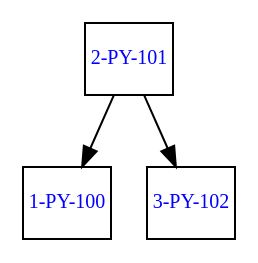
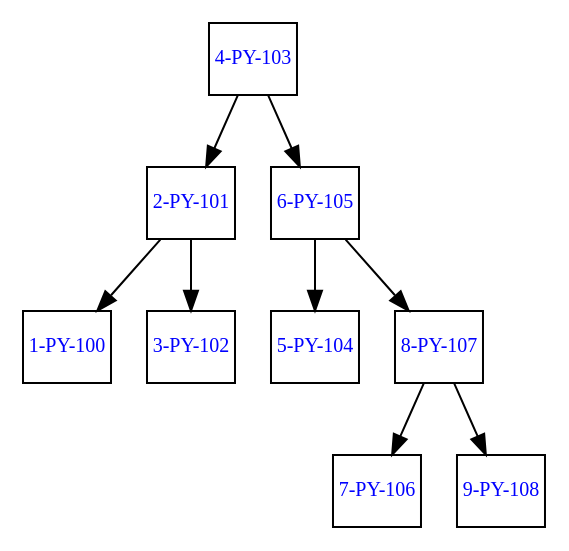
One commit to guy-devoir/EDD_2S2023_PY_201800632 changed the diagram in arbolAVL.dot. Above: the diagram before and after it, drawn with Graphviz. The commit also changed 15 other files, not shown here.

```diff
--- a/arbolAVL.dot
+++ b/arbolAVL.dot
@@ -1,11 +1,29 @@
 digraph G {
  node [margin=0 fontcolor=blue fontsize=10 width=0.5 shape=rec ] 
+node4[label="4-PY-103"]
+
+node4 -> node2
 node2[label="2-PY-101"]
 
 node2 -> node1
 node1[label="1-PY-100"]
 
 node2 -> node3
 node3[label="3-PY-102"]
 
+node4 -> node6
+node6[label="6-PY-105"]
+
+node6 -> node5
+node5[label="5-PY-104"]
+
+node6 -> node8
+node8[label="8-PY-107"]
+
+node8 -> node7
+node7[label="7-PY-106"]
+
+node8 -> node9
+node9[label="9-PY-108"]
+
 }
```
